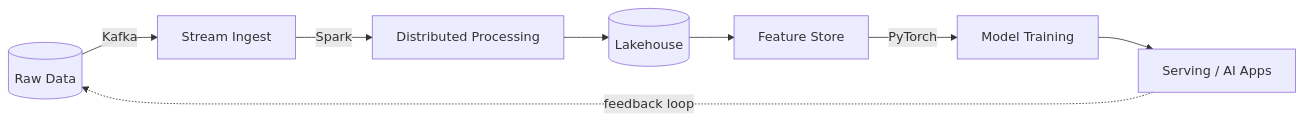
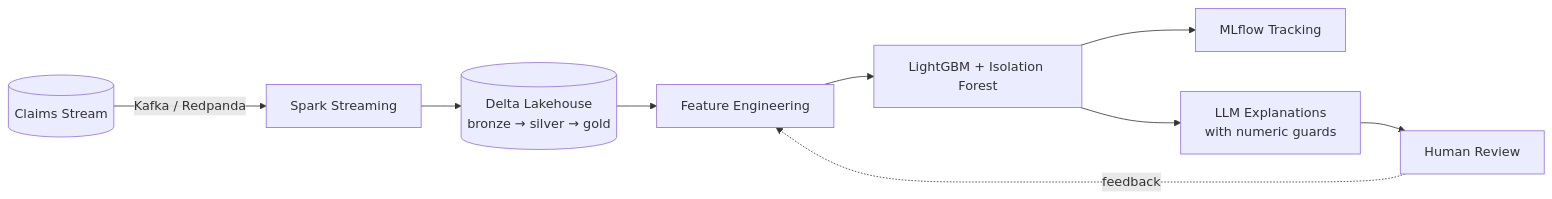
The diagram in README.md (Sanket-Farkade/Sanket-Farkade), drawn with Mermaid before and after one commit. The commit also changed other lines of this file, not shown here.

````diff
--- a/README.md
+++ b/README.md
@@ -37,10 +39,11 @@
 ```mermaid
 flowchart LR
-    A[(Raw Data)] -->|Kafka| B[Stream Ingest]
-    B -->|Spark| C[Distributed Processing]
-    C --> D[(Lakehouse)]
-    D --> E[Feature Store]
-    E -->|PyTorch| F[Model Training]
-    F --> G[Serving / AI Apps]
-    G -. feedback loop .-> A
+    A[(Claims Stream)] -->|Kafka / Redpanda| B[Spark Streaming]
+    B --> C[(Delta Lakehouse<br/>bronze → silver → gold)]
+    C --> D[Feature Engineering]
+    D --> E[LightGBM + Isolation Forest]
+    E --> F[MLflow Tracking]
+    E --> G[LLM Explanations<br/>with numeric guards]
+    G --> H[Human Review]
+    H -. feedback .-> D
 ```
````
